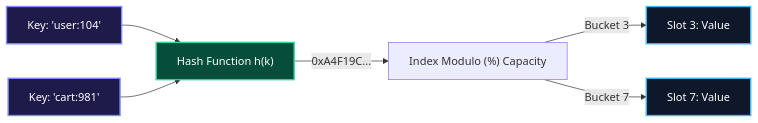
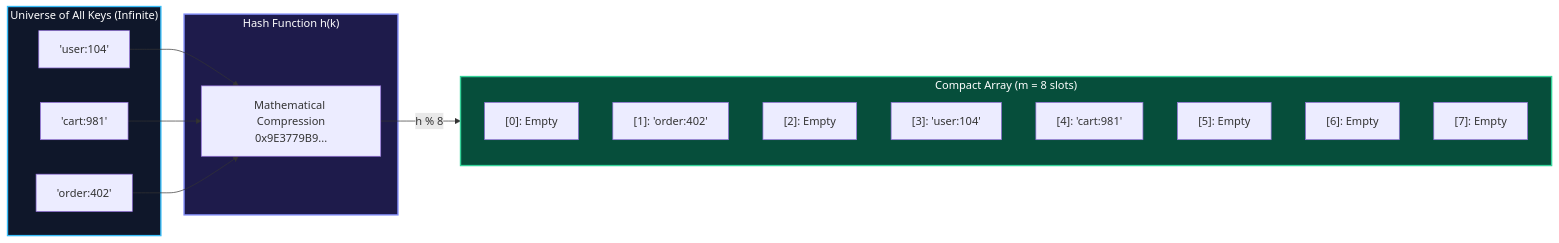
Before and after one commit to 1345AbhishekKumar/cs-cookbook: the fourth of 14 diagrams in content/docs/dsa/01-foundations-and-linear-structures/06-hash-tables-and-hashing.mdx, drawn with Mermaid. The commit also changed other lines of this file and 211 other files, not shown here.

````diff
--- a/content/docs/dsa/01-foundations-and-linear-structures/06-hash-tables-and-hashing.mdx
+++ b/content/docs/dsa/01-foundations-and-linear-structures/06-hash-tables-and-hashing.mdx
@@ -18,16 +173,32 @@
 ```mermaid
 flowchart LR
-    Key1["Key: 'user:104'"] --> HashFunc["Hash Function h(k)"]
-    Key2["Key: 'cart:981'"] --> HashFunc
+    subgraph Universe["Universe of All Keys (Infinite)"]
+        K1["'user:104'"]
+        K2["'cart:981'"]
+        K3["'order:402'"]
+    end
 
-    HashFunc -->|0xA4F19C...| Mod["Index Modulo (%) Capacity"]
+    subgraph Hash["Hash Function h(k)"]
+        H["Mathematical Compression<br/>0x9E3779B9..."]
+    end
 
-    Mod -->|Bucket 3| B3["Slot 3: Value"]
-    Mod -->|Bucket 7| B7["Slot 7: Value"]
+    subgraph Table["Compact Array (m = 8 slots)"]
+        B0["[0]: Empty"]
+        B1["[1]: 'order:402'"]
+        B2["[2]: Empty"]
+        B3["[3]: 'user:104'"]
+        B4["[4]: 'cart:981'"]
+        B5["[5]: Empty"]
+        B6["[6]: Empty"]
+        B7["[7]: Empty"]
+    end
 
-    style Key1 fill:#1e1b4b,stroke:#818cf8,stroke-width:2px,color:#fff
-    style Key2 fill:#1e1b4b,stroke:#818cf8,stroke-width:2px,color:#fff
-    style HashFunc fill:#064e3b,stroke:#34d399,stroke-width:2px,color:#fff
-    style B3 fill:#0f172a,stroke:#38bdf8,stroke-width:2px,color:#fff
-    style B7 fill:#0f172a,stroke:#38bdf8,stroke-width:2px,color:#fff
+    K1 --> H
+    K2 --> H
+    K3 --> H
+    H -->|h % 8| Table
+
+    style Universe fill:#0f172a,stroke:#38bdf8,stroke-width:2px,color:#fff
+    style Hash fill:#1e1b4b,stroke:#818cf8,stroke-width:2px,color:#fff
+    style Table fill:#064e3b,stroke:#34d399,stroke-width:2px,color:#fff
 ```
````
